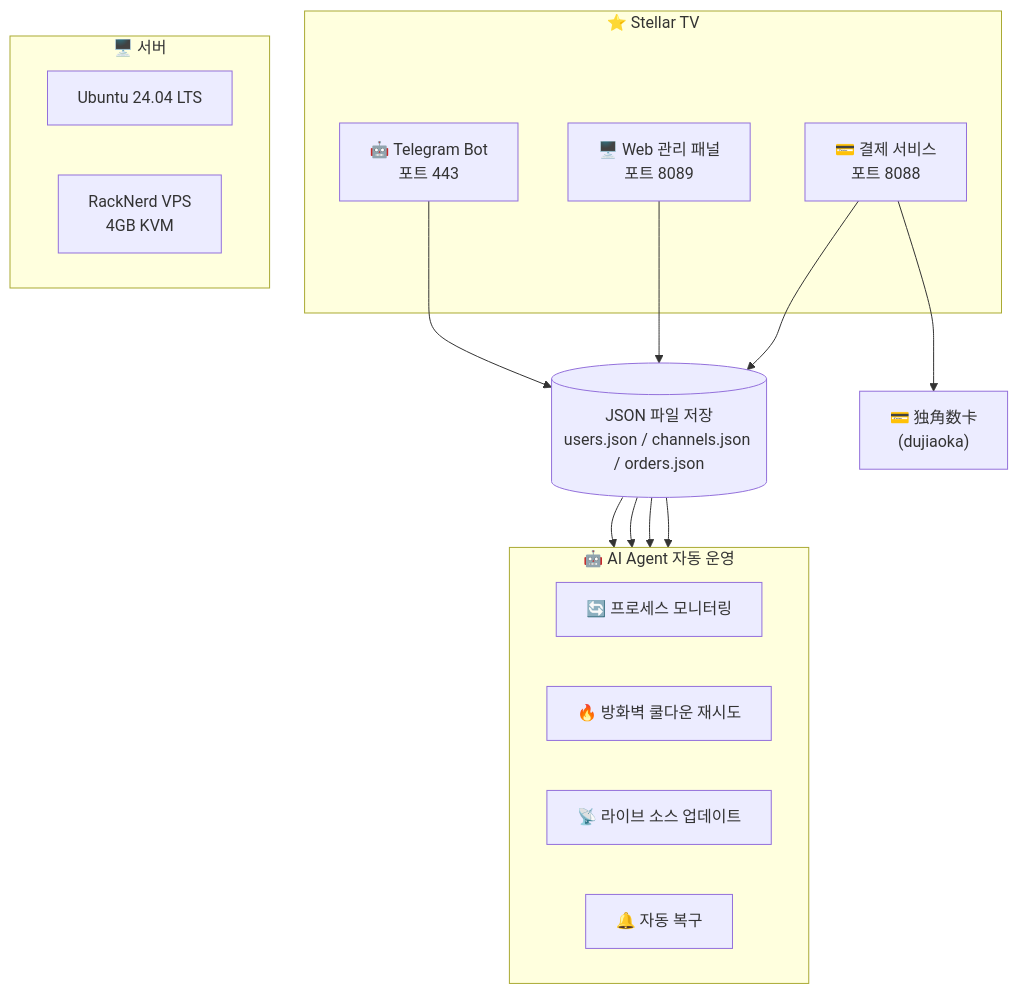
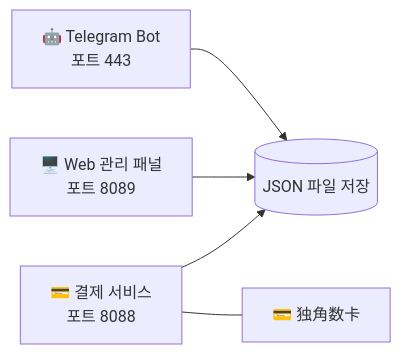
The diagram in README_KO.md (xkmuzili/starchen-iptv), drawn with Mermaid before and after one commit. The commit also changed other lines of this file and 4 other files, not shown here.

Commit message:
🎨 精简README排版：简化架构图、移除前台面板引用、精简项目数据

````diff
--- a/README_KO.md
+++ b/README_KO.md
@@ -130,33 +130,12 @@
 ```mermaid
-graph TB
-    subgraph StellarTV["⭐ Stellar TV"]
-        Bot["🤖 Telegram Bot<br/>포트 443"]
-        Web["🖥️ Web 관리 패널<br/>포트 8089"]
-        Pay["💳 결제 서비스<br/>포트 8088"]
-    end
+graph LR
+    Bot["🤖 Telegram Bot<br/>포트 443"]
+    Web["🖥️ Web 관리 패널<br/>포트 8089"]
+    Pay["💳 결제 서비스<br/>포트 8088"]
+    DB[("JSON 파일 저장")]
+    Pay --- PG["💳 独角数卡"]
 
-    Bot --> DB[("JSON 파일 저장<br/>users.json / channels.json / orders.json")]
+    Bot --> DB
     Web --> DB
     Pay --> DB
-
-    Pay --> PG["💳 独角数卡<br/>(dujiaoka)"]
-
-    subgraph Server["🖥️ 서버"]
-        direction LR
-        OS["Ubuntu 24.04 LTS"]
-        VPS["RackNerd VPS<br/>4GB KVM"]
-    end
-
-    subgraph AIAgent["🤖 AI Agent 자동 운영"]
-        direction LR
-        E["🔄 프로세스 모니터링"]
-        F["🔥 방화벽 쿨다운 재시도"]
-        G["📡 라이브 소스 업데이트"]
-        H["🔔 자동 복구"]
-    end
-
-    DB --> E
-    DB --> F
-    DB --> G
-    DB --> H
 ```
````
